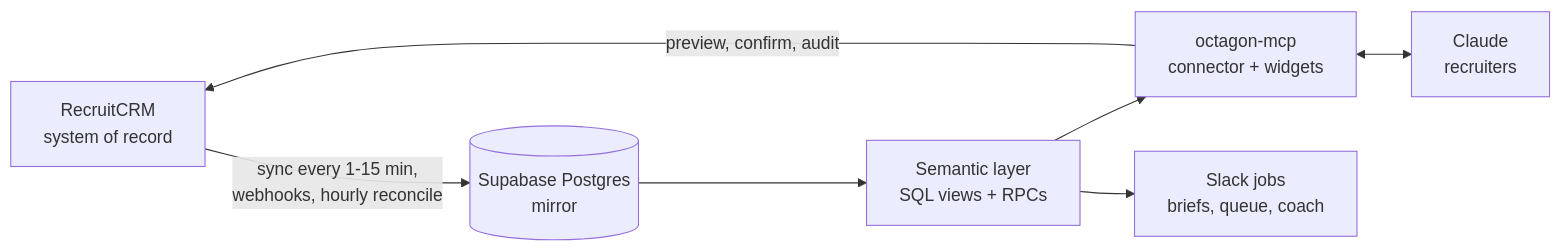
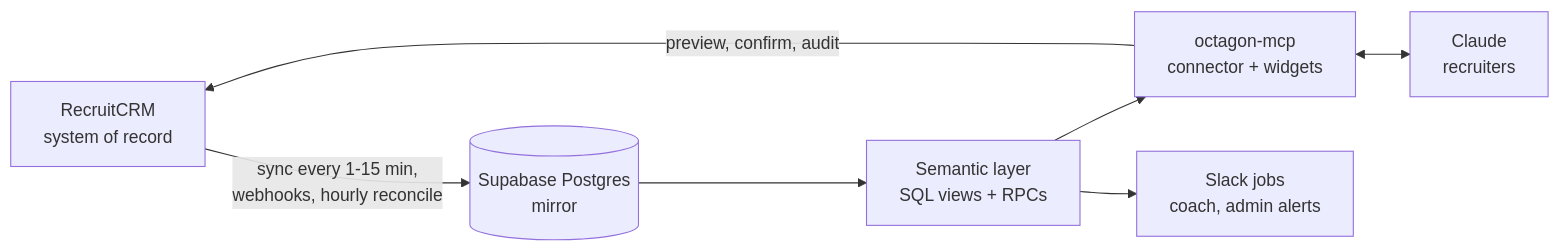
One commit to ollielarkins/octagonanalytics-reverse changed the diagram in README.md. Above: the diagram before and after it, drawn with Mermaid. The commit also changed other lines of this file and 18 other files, not shown here.

First line of the commit message:
Remove the Team Briefs Slack app's code (0158, octagon-mcp 3.101.0)

````diff
--- a/README.md
+++ b/README.md
@@ -36,9 +35,9 @@
 ```mermaid
 flowchart LR
   RC[RecruitCRM<br/>system of record] -- "sync every 1-15 min,<br/>webhooks, hourly reconcile" --> DB[(Supabase Postgres<br/>mirror)]
   DB --> SL[Semantic layer<br/>SQL views + RPCs]
   SL --> MCP[octagon-mcp<br/>connector + widgets]
-  SL --> SLK[Slack jobs<br/>briefs, queue, coach]
+  SL --> SLK[Slack jobs<br/>coach, admin alerts]
   MCP <--> C[Claude<br/>recruiters]
   MCP -- "preview, confirm, audit" --> RC
 ```
````
